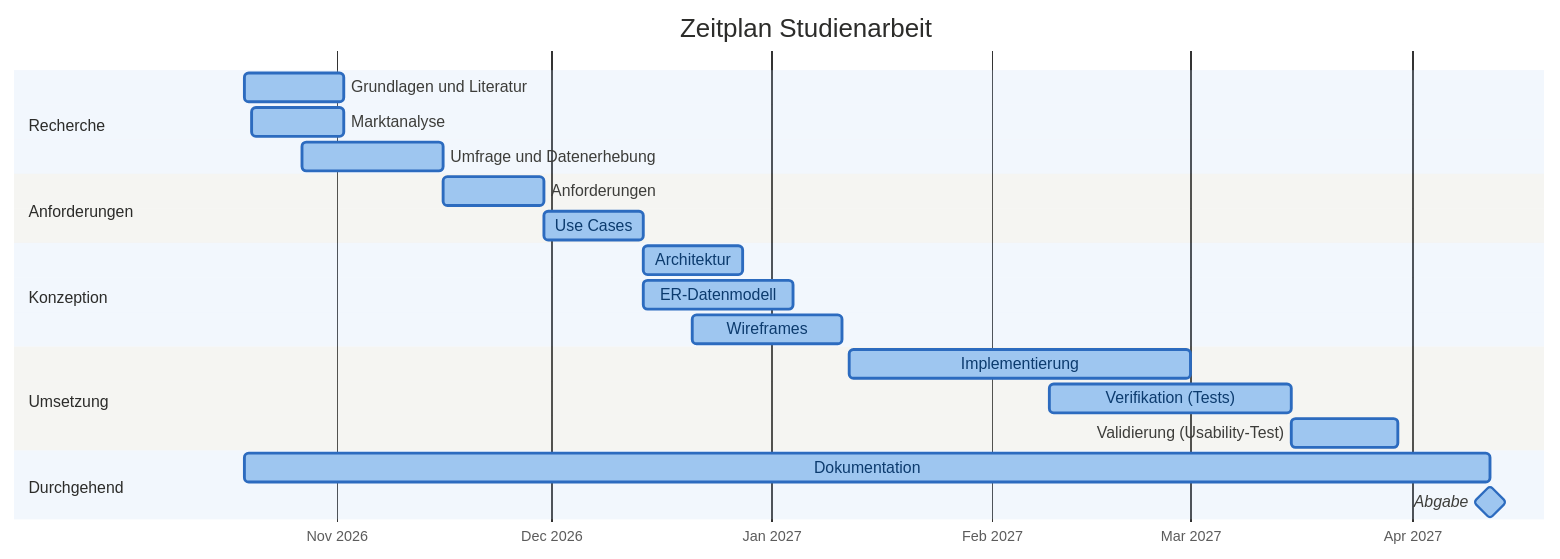
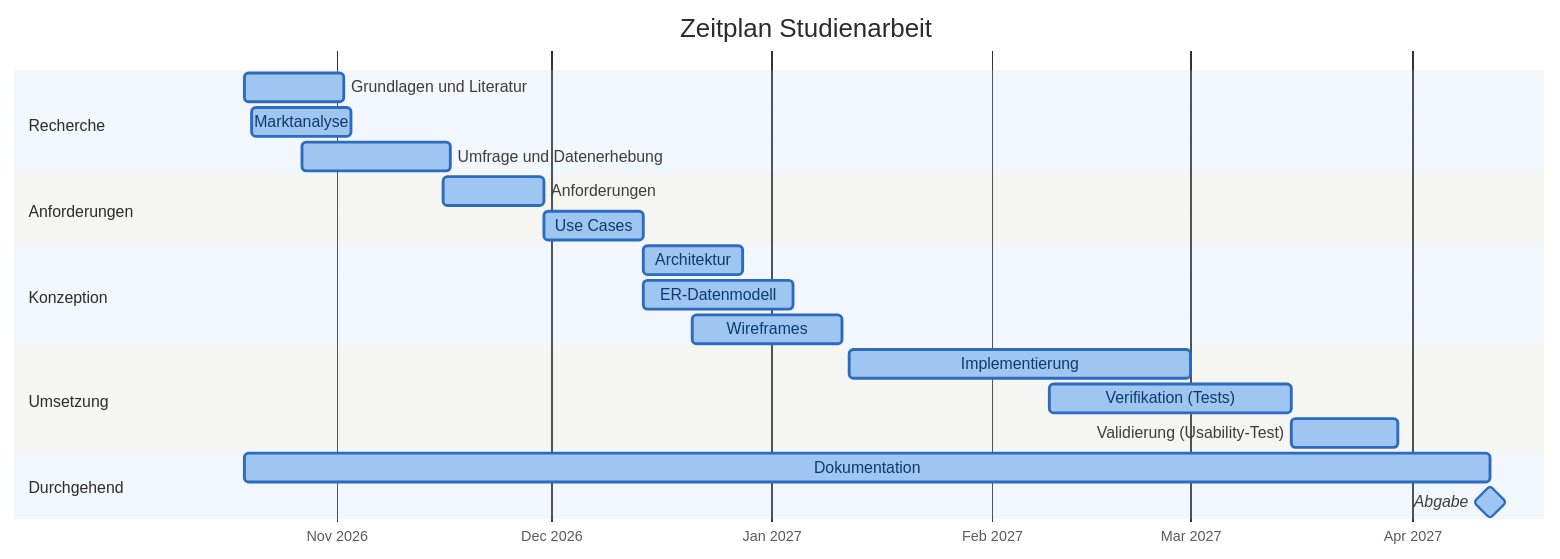
One commit to kurzmichael02-hue/studienarbeit-dashboard changed the diagram in docs/zeitplan.md. Above: the diagram before and after it, drawn with Mermaid. The commit also changed other lines of this file, not shown here.

Commit message:
Zeitplan fix

````diff
--- a/docs/zeitplan.md
+++ b/docs/zeitplan.md
@@ -5,31 +5,31 @@
 ```mermaid
 %%{init: {"theme":"base","themeVariables":{"fontFamily":"Segoe UI, Arial, sans-serif","fontSize":"13px","sectionBkgColor":"#BFD8F2","altSectionBkgColor":"#CCCABF","sectionBkgColor2":"#BFD8F2","taskBkgColor":"#9EC6F0","taskBorderColor":"#2C6BBF","taskTextColor":"#0C3B6E","taskTextDarkColor":"#0C3B6E","taskTextOutsideColor":"#3D3D3A","gridColor":"#B4B2A9","todayLineColor":"#E24B4A","titleColor":"#2C2C2A"},"gantt":{"leftPadding":160,"numberSectionStyles":2}}}%%
 gantt
     title Zeitplan Studienarbeit
     dateFormat YYYY-MM-DD
     axisFormat %b %Y
     tickInterval 1month
 
     section Recherche
-    Grundlagen und Literatur   :2026-10-19, 2026-11-02
-    Marktanalyse               :2026-10-20, 2026-11-02
-    Umfrage und Datenerhebung  :2026-10-27, 2026-11-16
+    Grundlagen und Literatur       :2026-10-19, 14d
+    Marktanalyse                   :2026-10-20, 14d
+    Umfrage und Datenerhebung      :2026-10-27, 21d
 
     section Anforderungen
-    Anforderungen              :2026-11-16, 2026-11-30
-    Use Cases                  :2026-11-30, 2026-12-14
+    Anforderungen                 :2026-11-16, 14d
+    Use Cases                      :2026-11-30, 14d
 
     section Konzeption
-    Architektur                :2026-12-14, 2026-12-28
-    ER-Datenmodell             :2026-12-14, 2027-01-04
-    Wireframes                 :2026-12-21, 2027-01-11
+    Architektur                    :2026-12-14, 14d
+    ER-Datenmodell                 :2026-12-14, 21d
+    Wireframes                     :2026-12-21, 21d
 
     section Umsetzung
-    Implementierung            :2027-01-12, 2027-03-01
-    Verifikation (Tests)       :2027-02-09, 2027-03-15
-    Validierung (Usability-Test) :2027-03-15, 2027-03-30
+    Implementierung                :2027-01-12, 48d
+    Verifikation (Tests)           :2027-02-09, 34d
+    Validierung (Usability-Test)   :2027-03-15, 15d
 
     section Durchgehend
-    Dokumentation              :2026-10-19, 2027-04-12
-    Abgabe                     :milestone, 2027-04-12, 0d
+    Dokumentation                  :2026-10-19, 175d
+    Abgabe                         :milestone, 2027-04-12, 0d
 ```
````
